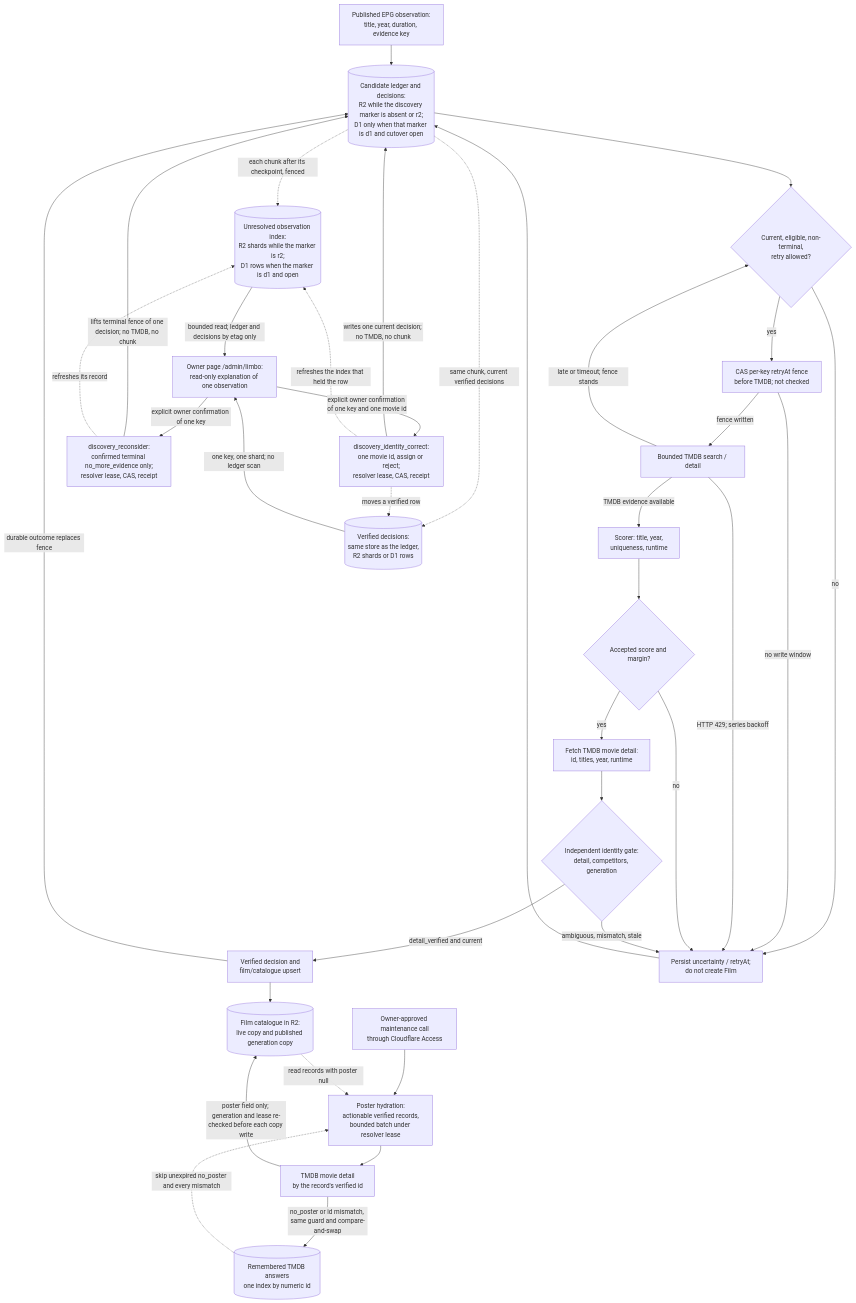
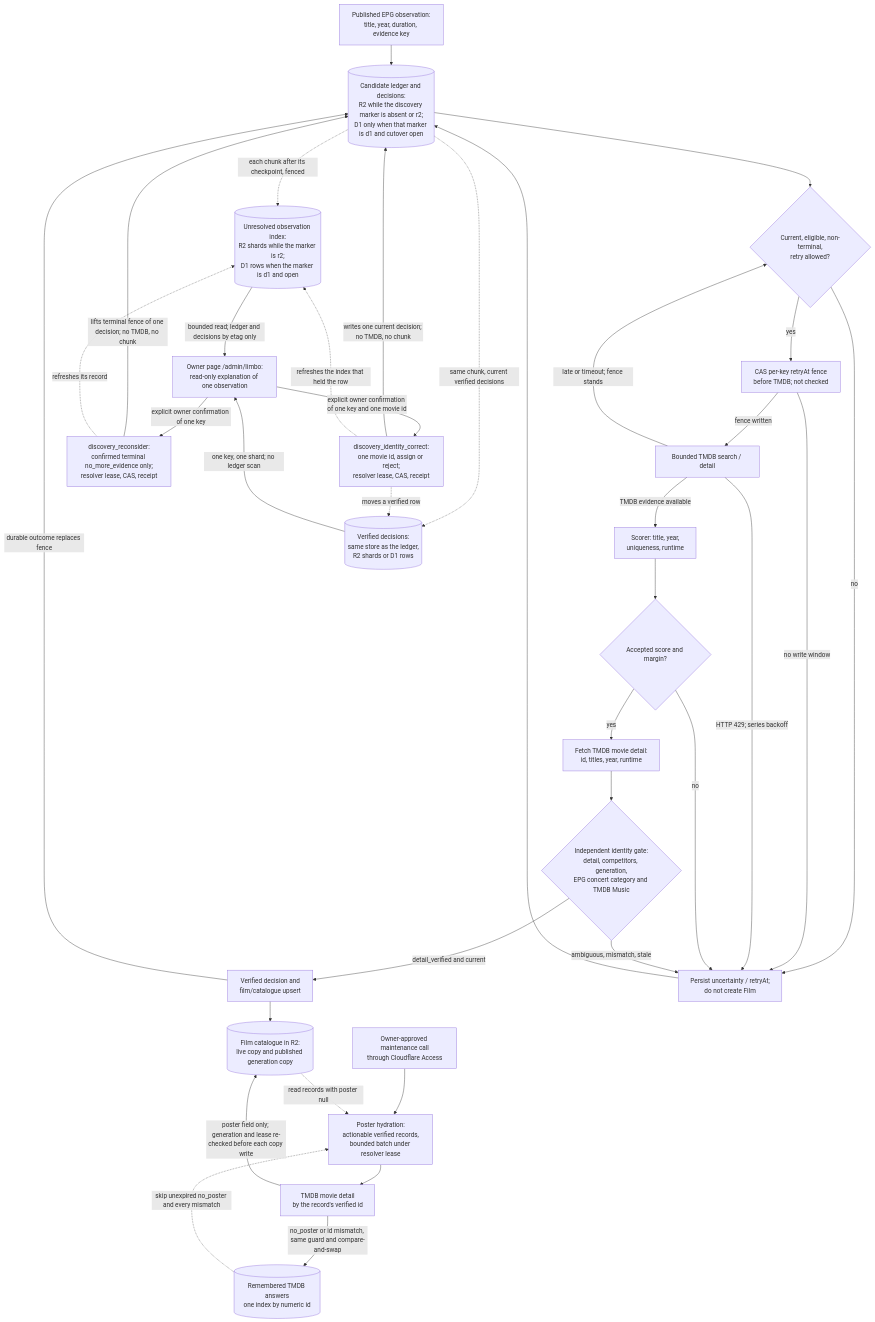
The diagram in docs/architecture/discovery-and-resolution.md (vladimino/iptv-watchlist), drawn with Mermaid before and after one commit. The commit also changed other lines of this file and 13 other files, not shown here.

First line of the commit message:
fix(AIR-496): withhold Film identity for TMDB concert recordings (#664)

````diff
--- a/docs/architecture/discovery-and-resolution.md
+++ b/docs/architecture/discovery-and-resolution.md
@@ -5,57 +5,57 @@
 ```mermaid
 flowchart TD
     epg["Published EPG observation:<br/>title, year, duration, evidence key"]
     ledger[("Candidate ledger and decisions:<br/>R2 while the discovery marker is absent or r2;<br/>D1 only when that marker is d1 and cutover open")]
     eligible{"Current, eligible, non-terminal,<br/>retry allowed?"}
     defer["CAS per-key retryAt fence<br/>before TMDB; not checked"]
     search["Bounded TMDB search / detail"]
     scorer["Scorer: title, year,<br/>uniqueness, runtime"]
     score{"Accepted score and margin?"}
     detail["Fetch TMDB movie detail:<br/>id, titles, year, runtime"]
-    gate{"Independent identity gate:<br/>detail, competitors, generation"}
+    gate{"Independent identity gate:<br/>detail, competitors, generation,<br/>EPG concert category and TMDB Music"}
     writer["Verified decision and<br/>film/catalogue upsert"]
     unresolved["Persist uncertainty / retryAt;<br/>do not create Film"]
     catalogue[("Film catalogue in R2:<br/>live copy and published generation copy")]
     owner["Owner-approved maintenance call<br/>through Cloudflare Access"]
     hydrate["Poster hydration:<br/>actionable verified records,<br/>bounded batch under resolver lease"]
     posterdetail["TMDB movie detail<br/>by the record's verified id"]
     negatives[("Remembered TMDB answers<br/>one index by numeric id")]
     obsindex[("Unresolved observation index:<br/>R2 shards while the marker is r2;<br/>D1 rows when the marker is d1 and open")]
     verified[("Verified decisions:<br/>same store as the ledger,<br/>R2 shards or D1 rows")]
     ownerread["Owner page /admin/limbo:<br/>read-only explanation of one observation"]
     reconsider["discovery_reconsider:<br/>confirmed terminal no_more_evidence only;<br/>resolver lease, CAS, receipt"]
     identity["discovery_identity_correct:<br/>one movie id, assign or reject;<br/>resolver lease, CAS, receipt"]
     epg --> ledger --> eligible
     eligible -->|no| unresolved
     eligible -->|yes| defer
     defer -->|fence written| search
     defer -->|no write window| unresolved
     search -->|TMDB evidence available| scorer
     search -->|late or timeout; fence stands| eligible
     search -->|HTTP 429; series backoff| unresolved
     scorer --> score
     score -->|no| unresolved
     score -->|yes| detail --> gate
     gate -->|detail_verified and current| writer
     gate -->|ambiguous, mismatch, stale| unresolved
     writer -->|durable outcome replaces fence| ledger
     writer --> catalogue
     unresolved --> ledger
     owner --> hydrate
     catalogue -.->|read records with poster null| hydrate
     negatives -.->|skip unexpired no_poster and every mismatch| hydrate
     hydrate --> posterdetail
     posterdetail -->|poster field only; generation and lease re-checked before each copy write| catalogue
     posterdetail -->|no_poster or id mismatch, same guard and compare-and-swap| negatives
     ledger -.->|each chunk after its checkpoint, fenced| obsindex
     ledger -.->|same chunk, current verified decisions| verified
     obsindex -->|bounded read; ledger and decisions by etag only| ownerread
     verified -->|one key, one shard; no ledger scan| ownerread
     ownerread -->|explicit owner confirmation of one key| reconsider
     ownerread -->|explicit owner confirmation of one key and one movie id| identity
     reconsider -->|lifts terminal fence of one decision; no TMDB, no chunk| ledger
     identity -->|writes one current decision; no TMDB, no chunk| ledger
     reconsider -.->|refreshes its record| obsindex
     identity -.->|refreshes the index that held the row| obsindex
     identity -.->|moves a verified row| verified
 ```
````
